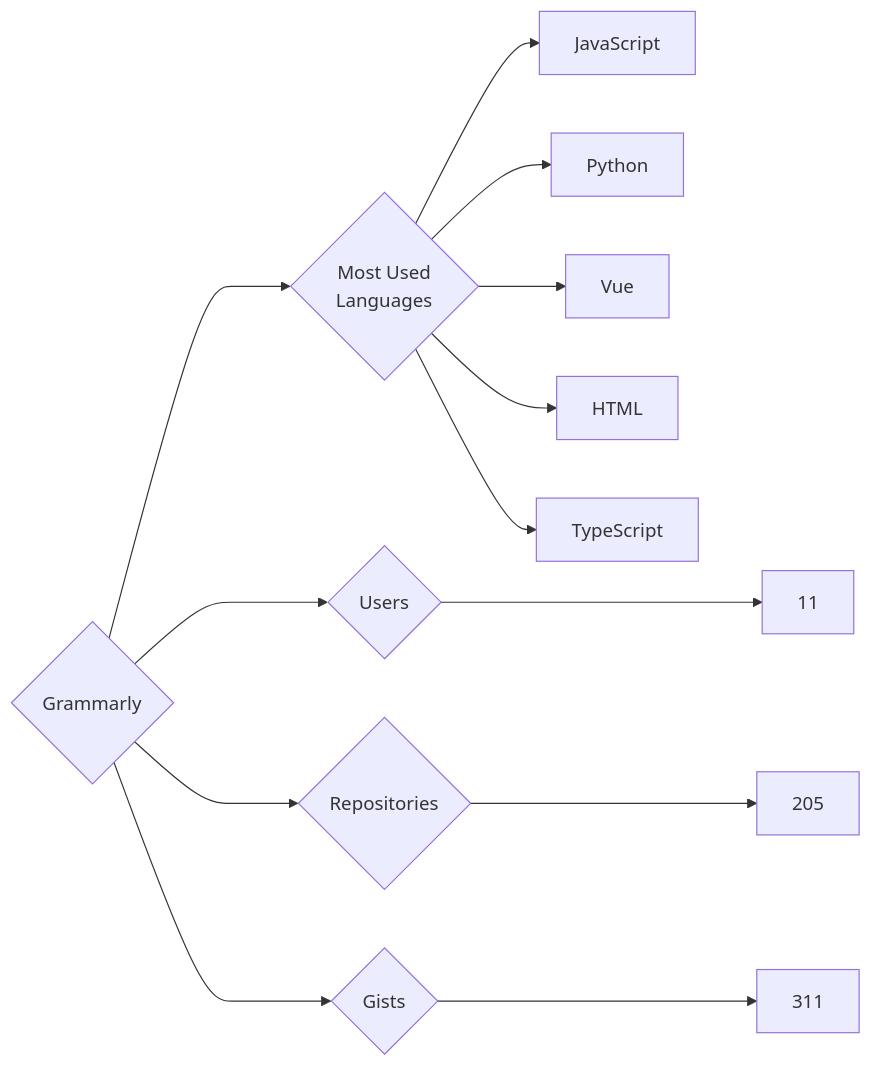
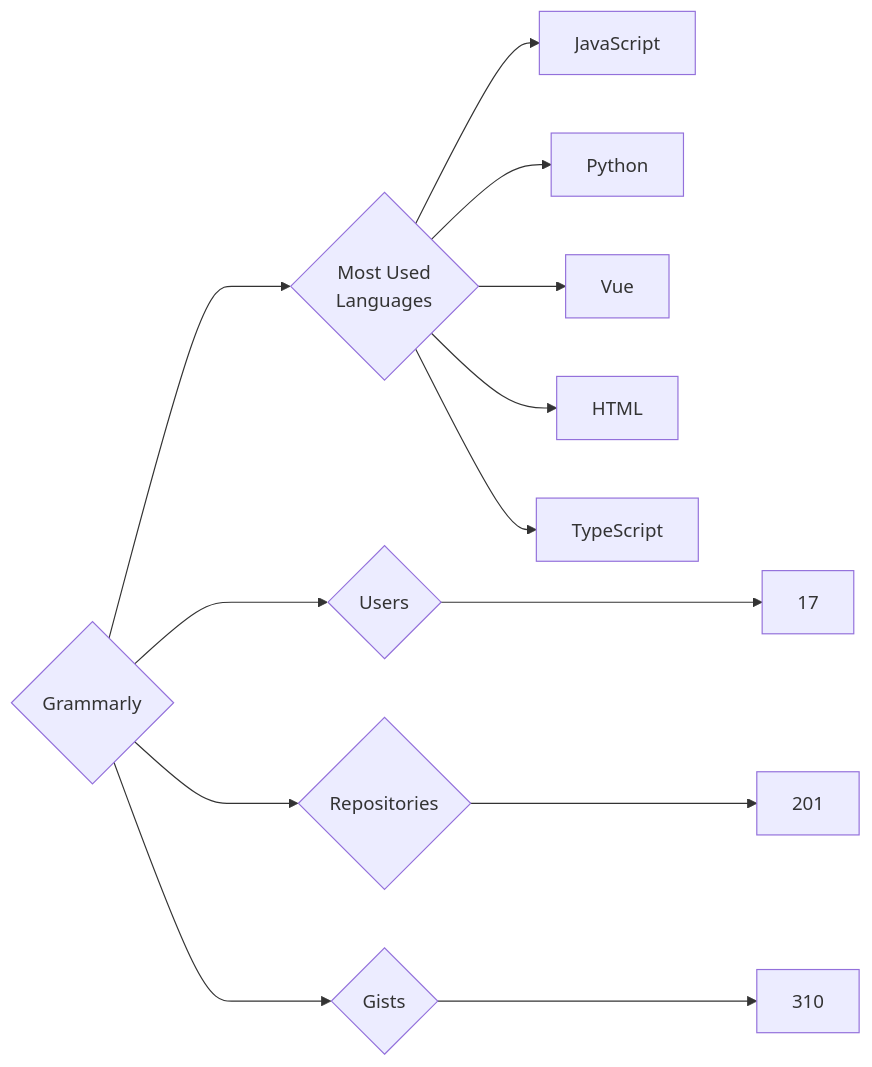
The diagram in targets/Grammarly/README.md (trickest/insiders), drawn with Mermaid before and after one commit. The commit also changed 912 other files, not shown here.

````diff
--- a/targets/Grammarly/README.md
+++ b/targets/Grammarly/README.md
@@ -3,13 +3,13 @@
 ```mermaid
 graph LR
 COMPANY_NAME{Grammarly}
-COMPANY_NAME ---> U{Users} ---> UN[11]
-COMPANY_NAME ---> R{Repositories} ---> RN[205]
-COMPANY_NAME ---> G{Gists} ---> GN[311]
+COMPANY_NAME ---> U{Users} ---> UN[17]
+COMPANY_NAME ---> R{Repositories} ---> RN[201]
+COMPANY_NAME ---> G{Gists} ---> GN[310]
 COMPANY_NAME ---> ML{Most Used<br>Languages}
 ML --> JavaScript[JavaScript]
 ML --> Python[Python]
 ML --> Vue[Vue]
 ML --> HTML[HTML]
 ML --> TypeScript[TypeScript]
 ```
````
